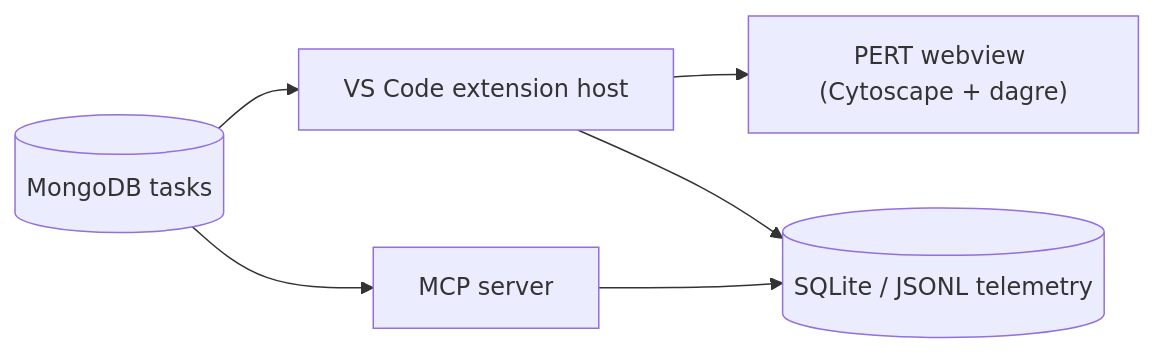
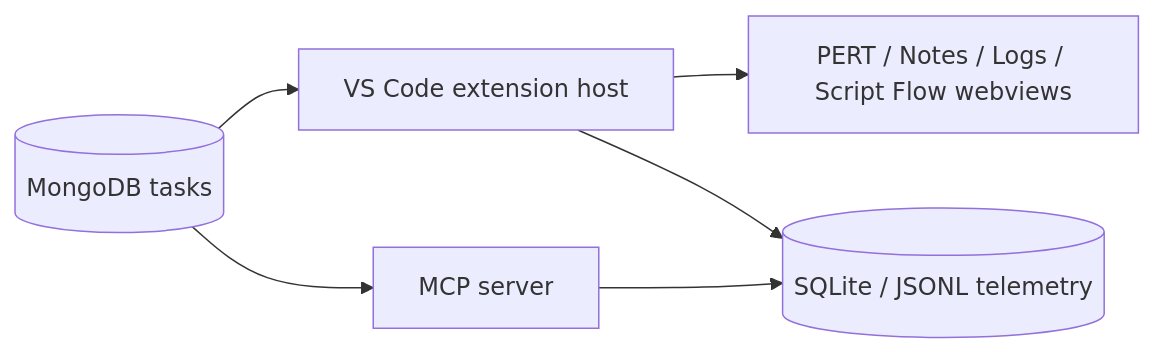
The diagram in README.architecture.md (ChrisTkm/nostromo_cortex), drawn with Mermaid before and after one commit. The commit also changed other lines of this file and 2 other files, not shown here.

````diff
--- a/README.architecture.md
+++ b/README.architecture.md
@@ -7,14 +7,14 @@
 ```mermaid
 flowchart LR
   Mongo[(MongoDB tasks)]
   ExtHost["VS Code extension host"]
-  Webview["PERT webview (Cytoscape + dagre)"]
+  Webview["PERT / Notes / Logs / Script Flow webviews"]
   MCP["MCP server"]
   Telemetry[(SQLite / JSONL telemetry)]
 
   Mongo --> ExtHost
   ExtHost --> Webview
   Mongo --> MCP
   ExtHost --> Telemetry
   MCP --> Telemetry
 ```
````
